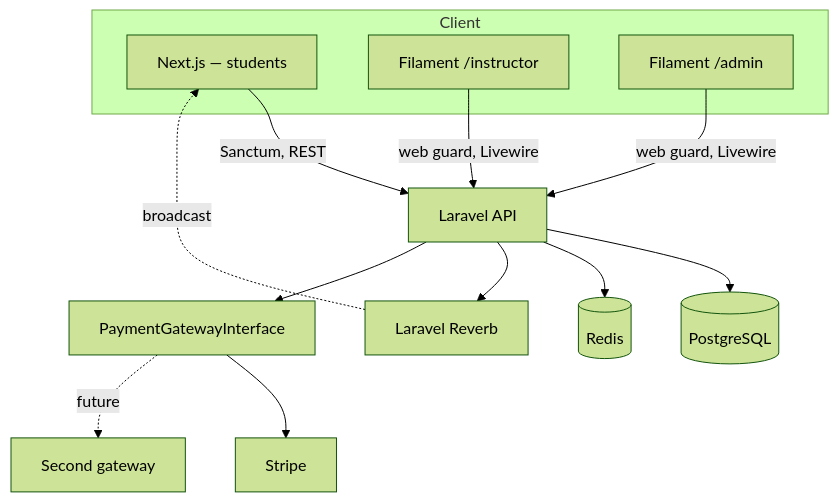
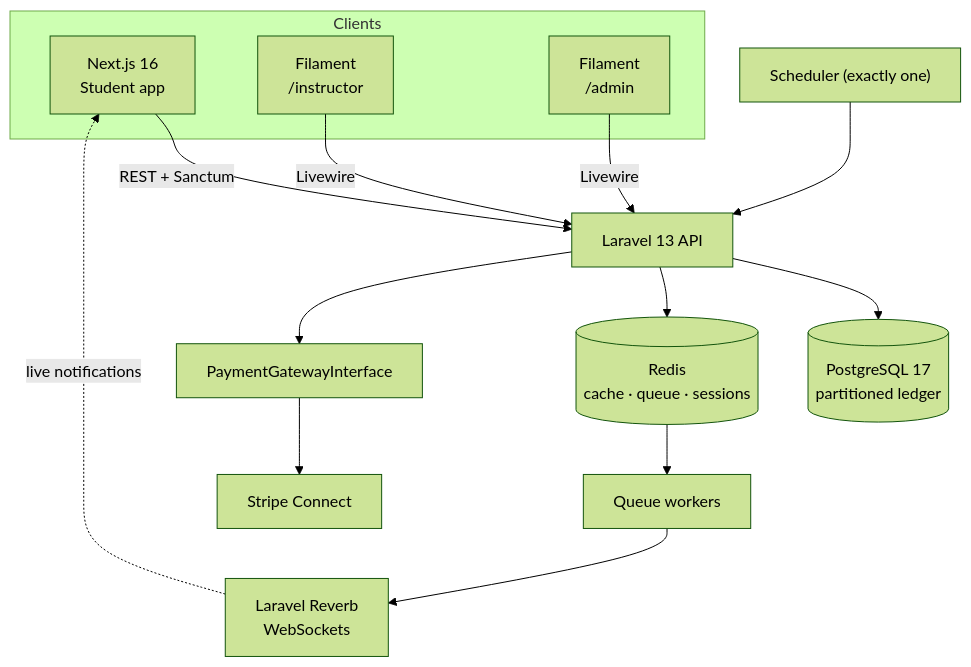
Before and after one commit to GeorgeAntwanHosny/coursewave: the second of 2 diagrams in README.md, drawn with Mermaid (forest theme). The commit also changed other lines of this file and 30 other files, not shown here.

````diff
--- a/README.md
+++ b/README.md
@@ -48,18 +100,22 @@
 ```mermaid
 flowchart TB
-    subgraph Client
-        Next[Next.js — students]
-        FilInst[Filament /instructor]
-        FilAdmin[Filament /admin]
+    subgraph Clients
+        Next["Next.js 16<br/>Student app"]
+        FilI["Filament<br/>/instructor"]
+        FilA["Filament<br/>/admin"]
     end
-    Next -->|Sanctum, REST| API[Laravel API]
-    FilInst -->|web guard, Livewire| API
-    FilAdmin -->|web guard, Livewire| API
-    API --> PG[(PostgreSQL)]
-    API --> Redis[(Redis)]
-    API --> Reverb[Laravel Reverb]
-    Reverb -.broadcast.-> Next
-    API --> GW[PaymentGatewayInterface]
-    GW --> Stripe[Stripe]
-    GW -.future.-> Other[Second gateway]
+
+    Next -->|"REST + Sanctum"| API["Laravel 13 API"]
+    FilI -->|"Livewire"| API
+    FilA -->|"Livewire"| API
+
+    API --> PG[("PostgreSQL 17<br/>partitioned ledger")]
+    API --> RD[("Redis<br/>cache · queue · sessions")]
+    API --> GW["PaymentGatewayInterface"]
+    GW --> Stripe["Stripe Connect"]
+
+    RD --> Worker["Queue workers"]
+    Worker --> Rev["Laravel Reverb<br/>WebSockets"]
+    Rev -.live notifications.-> Next
+    Sched["Scheduler (exactly one)"] --> API
 ```
````
